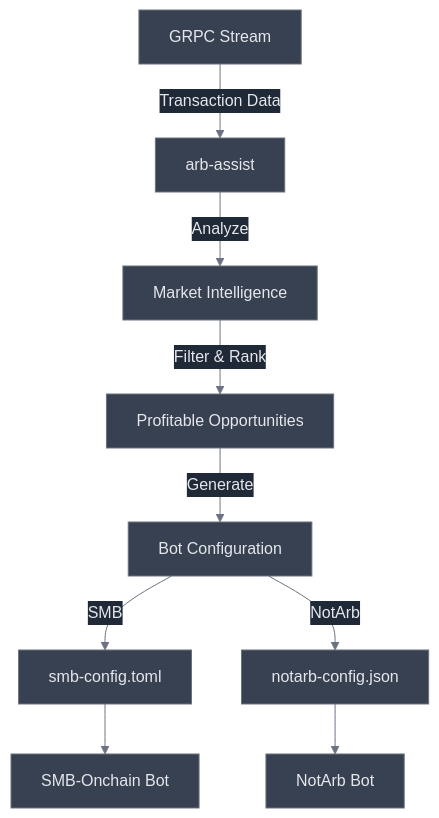
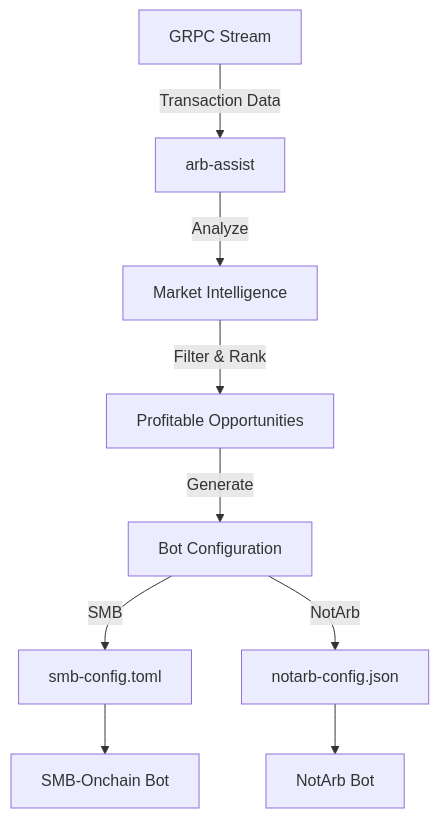
Before and after one commit to capicua4454/arb-assist: the diagram in docs/introduction/overview.md, drawn with Mermaid. The commit also changed 2 other files, not shown here.

Commit message:
simple mermaid blocks

````diff
--- a/docs/introduction/overview.md
+++ b/docs/introduction/overview.md
@@ -30,12 +30,11 @@
 ```mermaid
-%%{ init: { 'theme': 'base', 'themeVariables': { 'background': '#1e1e1e', 'primaryColor': '#374151', 'primaryTextColor': '#e5e7eb', 'primaryBorderColor': '#6b7280', 'lineColor': '#6b7280', 'secondaryColor': '#1f2937', 'tertiaryColor': '#111827', 'textColor': '#e5e7eb' } } }%%
 graph TD
     A[GRPC Stream] -->|Transaction Data| B[arb-assist]
     B -->|Analyze| C[Market Intelligence]
     C -->|Filter & Rank| D[Profitable Opportunities]
     D -->|Generate| E[Bot Configuration]
     E -->|SMB| F[smb-config.toml]
     E -->|NotArb| G[notarb-config.json]
     F --> H[SMB-Onchain Bot]
     G --> I[NotArb Bot]
 ```
````
